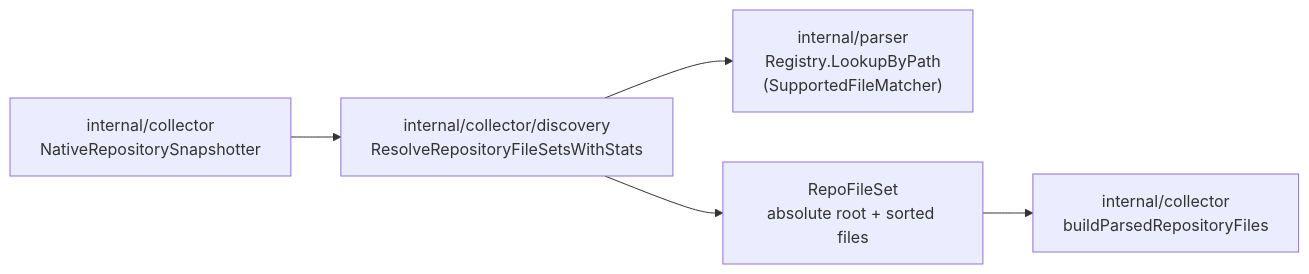
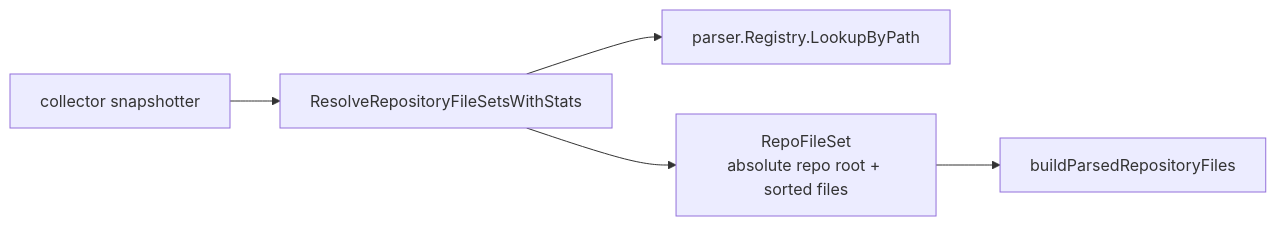
The diagram in go/internal/collector/discovery/README.md (eshu-hq/eshu), drawn with Mermaid before and after one commit. The commit also changed other lines of this file and 584 other files, not shown here.

Commit message:
Rework documentation information architecture

````diff
--- a/go/internal/collector/discovery/README.md
+++ b/go/internal/collector/discovery/README.md
@@ -14,7 +9,7 @@
 ```mermaid
 flowchart LR
-  A["internal/collector\nNativeRepositorySnapshotter"] --> B["internal/collector/discovery\nResolveRepositoryFileSetsWithStats"]
-  B --> C["internal/parser\nRegistry.LookupByPath\n(SupportedFileMatcher)"]
-  B --> D["RepoFileSet\nabsolute root + sorted files"]
-  D --> E["internal/collector\nbuildParsedRepositoryFiles"]
+  A["collector snapshotter"] --> B["ResolveRepositoryFileSetsWithStats"]
+  B --> C["parser.Registry.LookupByPath"]
+  B --> D["RepoFileSet\nabsolute repo root + sorted files"]
+  D --> E["buildParsedRepositoryFiles"]
 ```
````
